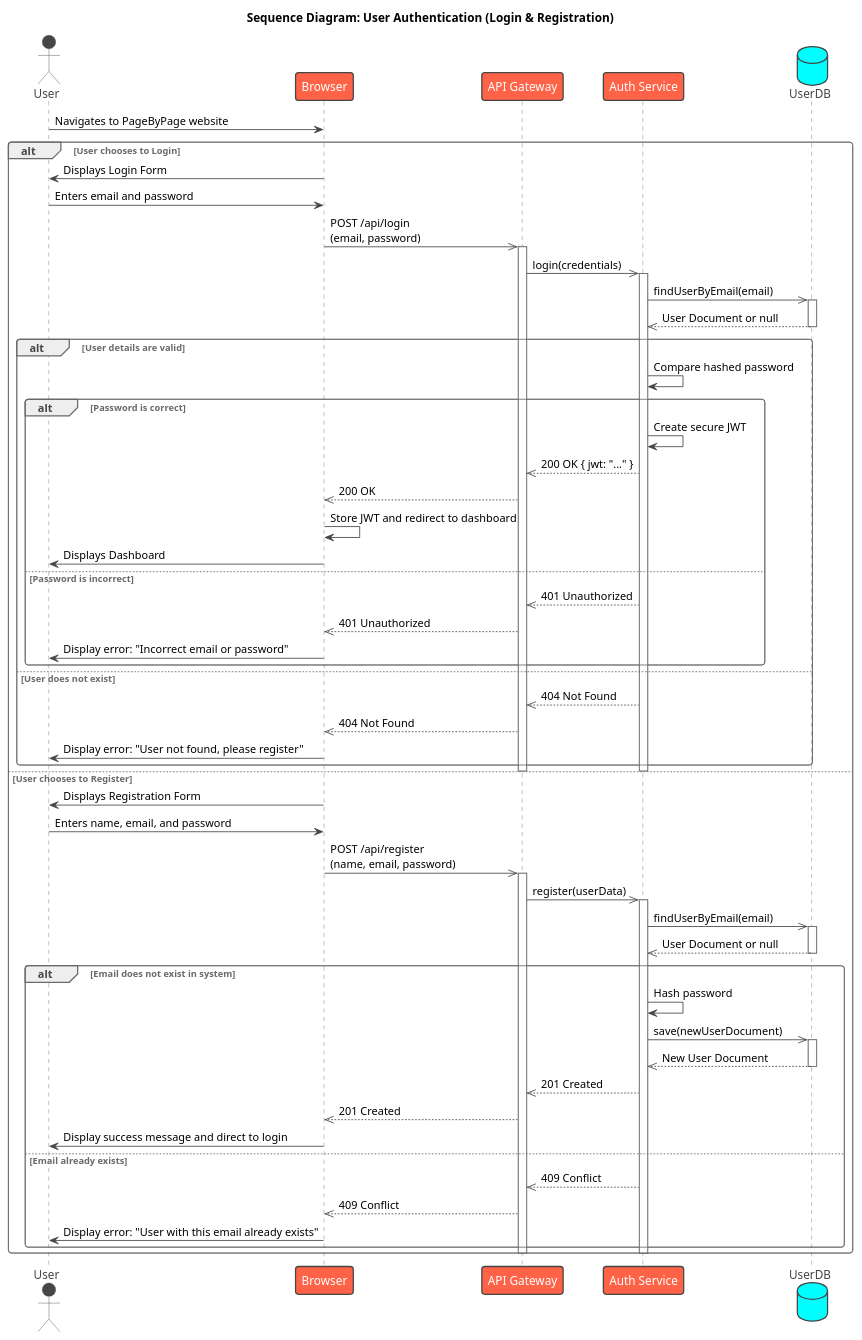
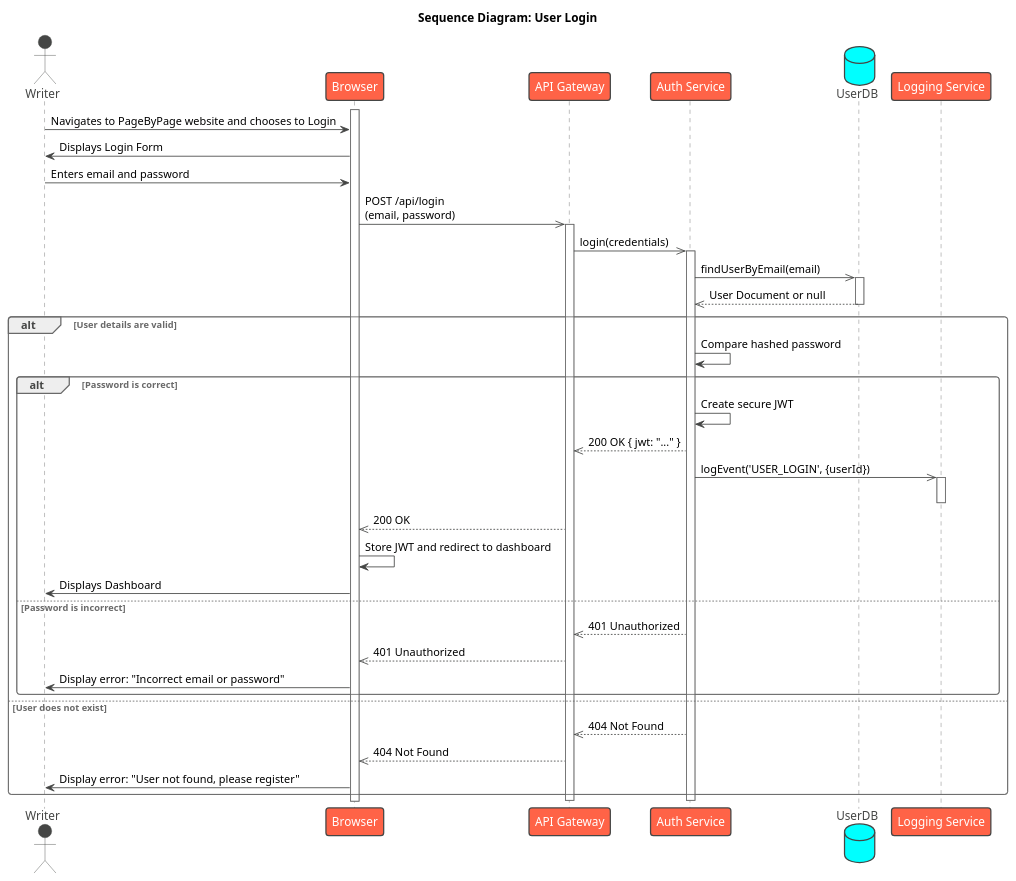
The diagram in UML/Sequences/Writer/LoginAndRegisteration.puml (Arado3333/PageByPage_Israel_Arad), drawn with PlantUML before and after one commit. The commit also changed 17 other files, not shown here.

Commit message:
updated diagrams

```diff
--- a/UML/Sequences/Writer/LoginAndRegisteration.puml
+++ b/UML/Sequences/Writer/LoginAndRegisteration.puml
@@ -1,84 +1,57 @@
 @startuml
 !theme vibrant
 
-title Sequence Diagram: User Authentication (Login & Registration)
+title Sequence Diagram: User Login
 
-actor "User" as User
+actor "Writer" as User
 participant "Browser" as Browser
 participant "API Gateway" as Gateway
 participant "Auth Service" as AuthService
-database "UserDB"
+database "UserDB" as UserDB
+participant "Logging Service" as LoggingService
 
-User -> Browser : Navigates to PageByPage website
+activate Browser
+User -> Browser : Navigates to PageByPage website and chooses to Login
 
-alt User chooses to Login
+Browser -> User : Displays Login Form
+User -> Browser : Enters email and password
+Browser ->> Gateway : POST /api/login\n(email, password)
+activate Gateway
 
-    Browser -> User : Displays Login Form
-    User -> Browser : Enters email and password
-    Browser ->> Gateway : POST /api/login\n(email, password)
-    activate Gateway
+Gateway ->> AuthService : login(credentials)
+activate AuthService
 
-    Gateway ->> AuthService : login(credentials)
-    activate AuthService
-    
-    AuthService ->> UserDB : findUserByEmail(email)
-    activate UserDB
-    UserDB -->> AuthService : User Document or null
-    deactivate UserDB
+AuthService ->> UserDB : findUserByEmail(email)
+activate UserDB
+UserDB -->> AuthService : User Document or null
+deactivate UserDB
 
-    alt User details are valid
-        AuthService -> AuthService : Compare hashed password
-        alt Password is correct
-            AuthService -> AuthService : Create secure JWT
-            AuthService -->> Gateway : 200 OK { jwt: "..." }
-            Gateway -->> Browser : 200 OK
-            Browser -> Browser : Store JWT and redirect to dashboard
-            Browser -> User : Displays Dashboard
-        else Password is incorrect
-            AuthService -->> Gateway : 401 Unauthorized
-            Gateway -->> Browser : 401 Unauthorized
-            Browser -> User : Display error: "Incorrect email or password"
-        end
-    else User does not exist
-        AuthService -->> Gateway : 404 Not Found
-        Gateway -->> Browser : 404 Not Found
-        Browser -> User : Display error: "User not found, please register"
+alt User details are valid
+    AuthService -> AuthService : Compare hashed password
+    alt Password is correct
+        AuthService -> AuthService : Create secure JWT
+        AuthService -->> Gateway : 200 OK { jwt: "..." }
+
+        ' Asynchronous Logging
+        AuthService ->> LoggingService : logEvent('USER_LOGIN', {userId})
+        activate LoggingService
+        deactivate LoggingService
+
+        Gateway -->> Browser : 200 OK
+        Browser -> Browser : Store JWT and redirect to dashboard
+        Browser -> User : Displays Dashboard
+    else Password is incorrect
+        AuthService -->> Gateway : 401 Unauthorized
+        Gateway -->> Browser : 401 Unauthorized
+        Browser -> User : Display error: "Incorrect email or password"
     end
-    deactivate AuthService
-    deactivate Gateway
-
-else User chooses to Register
-    
-    Browser -> User : Displays Registration Form
-    User -> Browser : Enters name, email, and password
-    Browser ->> Gateway : POST /api/register\n(name, email, password)
-    activate Gateway
-
-    Gateway ->> AuthService : register(userData)
-    activate AuthService
-
-    AuthService ->> UserDB : findUserByEmail(email)
-    activate UserDB
-    UserDB -->> AuthService : User Document or null
-    deactivate UserDB
-
-    alt Email does not exist in system
-        AuthService -> AuthService : Hash password
-        AuthService ->> UserDB : save(newUserDocument)
-        activate UserDB
-        UserDB -->> AuthService : New User Document
-        deactivate UserDB
-
-        AuthService -->> Gateway : 201 Created
-        Gateway -->> Browser : 201 Created
-        Browser -> User : Display success message and direct to login
-    else Email already exists
-        AuthService -->> Gateway : 409 Conflict
-        Gateway -->> Browser : 409 Conflict
-        Browser -> User : Display error: "User with this email already exists"
-    end
-    deactivate AuthService
-    deactivate Gateway
+else User does not exist
+    AuthService -->> Gateway : 404 Not Found
+    Gateway -->> Browser : 404 Not Found
+    Browser -> User : Display error: "User not found, please register"
 end
+deactivate AuthService
+deactivate Gateway
+activate Browser
 
 @enduml
```
